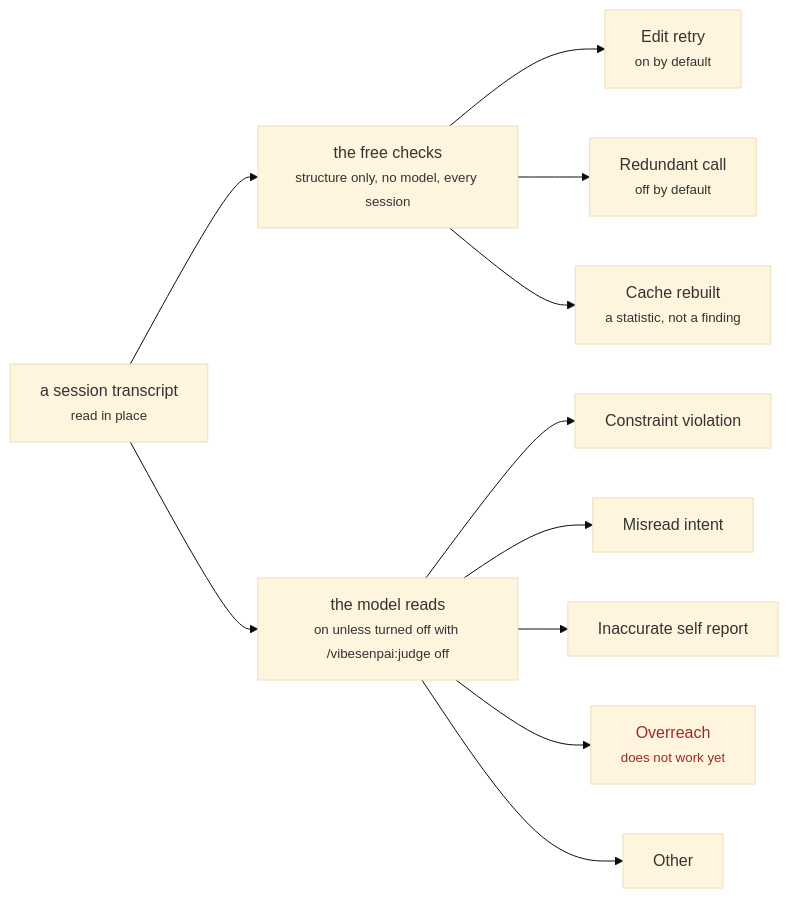
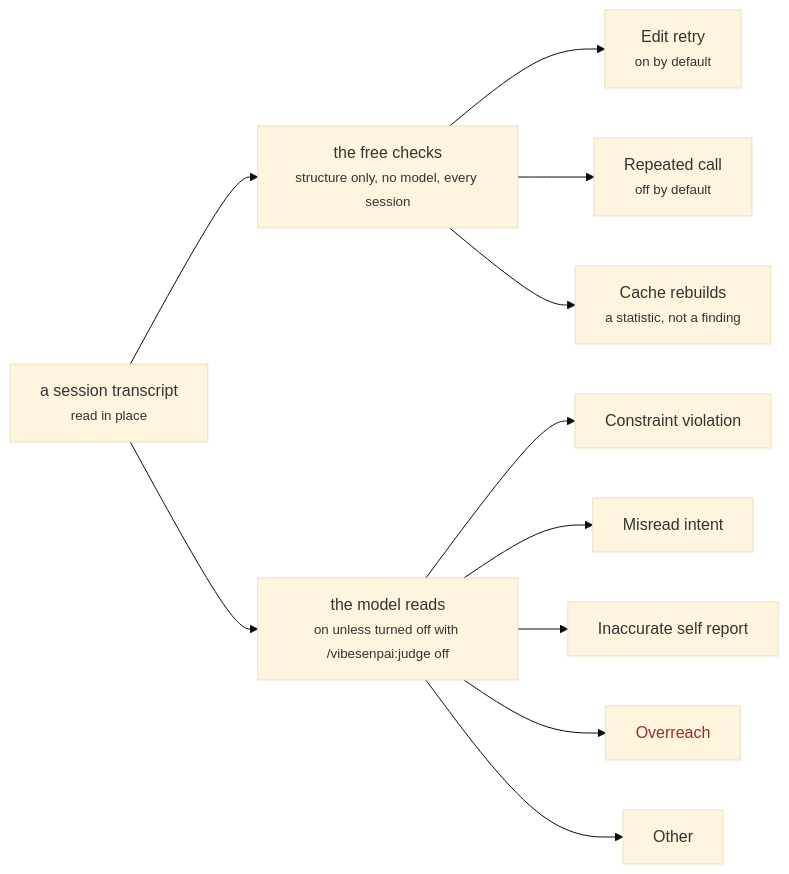
Before and after one commit to vibesenpai/vibesenpai: the diagram in site/src/diagrams/dimensions.mmd, drawn with Mermaid (base theme). The commit also changed 56 other files, not shown here.

```diff
--- a/site/src/diagrams/dimensions.mmd
+++ b/site/src/diagrams/dimensions.mmd
@@ -1,18 +1,18 @@
 flowchart LR
   T["a session transcript<br/><small>read in place</small>"]
 
   T --> FREE["the free checks<br/><small>structure only, no model, every session</small>"]
   T --> MODEL["the model reads<br/><small>on unless turned off with /vibesenpai:judge off</small>"]
 
   FREE --> ER["Edit retry<br/><small>on by default</small>"]
-  FREE --> RC["Redundant call<br/><small>off by default</small>"]
-  FREE --> CR["Cache rebuilt<br/><small>a statistic, not a finding</small>"]
+  FREE --> RC["Repeated call<br/><small>off by default</small>"]
+  FREE --> CR["Cache rebuilds<br/><small>a statistic, not a finding</small>"]
 
   MODEL --> CV["Constraint violation"]
   MODEL --> MI["Misread intent"]
   MODEL --> ISR["Inaccurate self report"]
-  MODEL --> OV["Overreach<br/><small>does not work yet</small>"]
+  MODEL --> OV["Overreach"]
   MODEL --> OT["Other"]
 
   classDef bad color:#9b2c2c
   class OV bad
```
